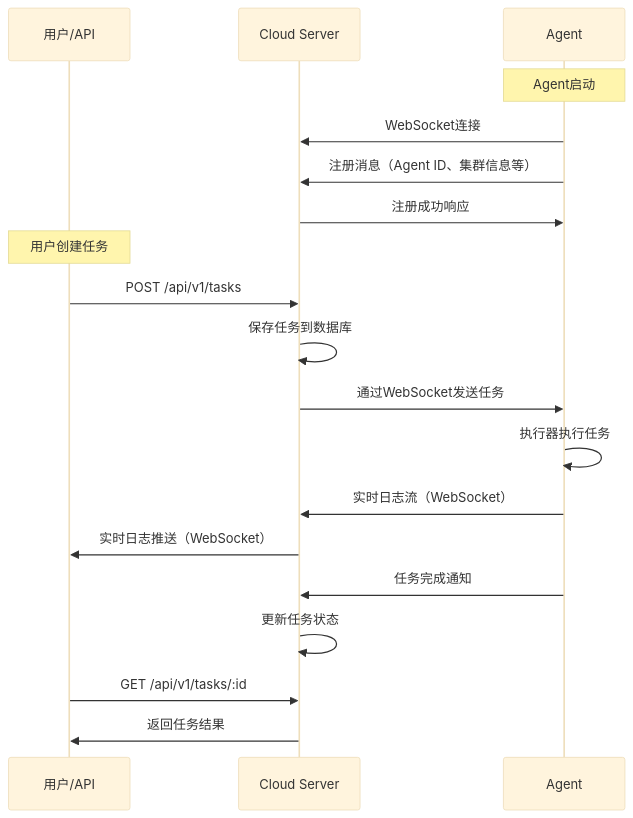
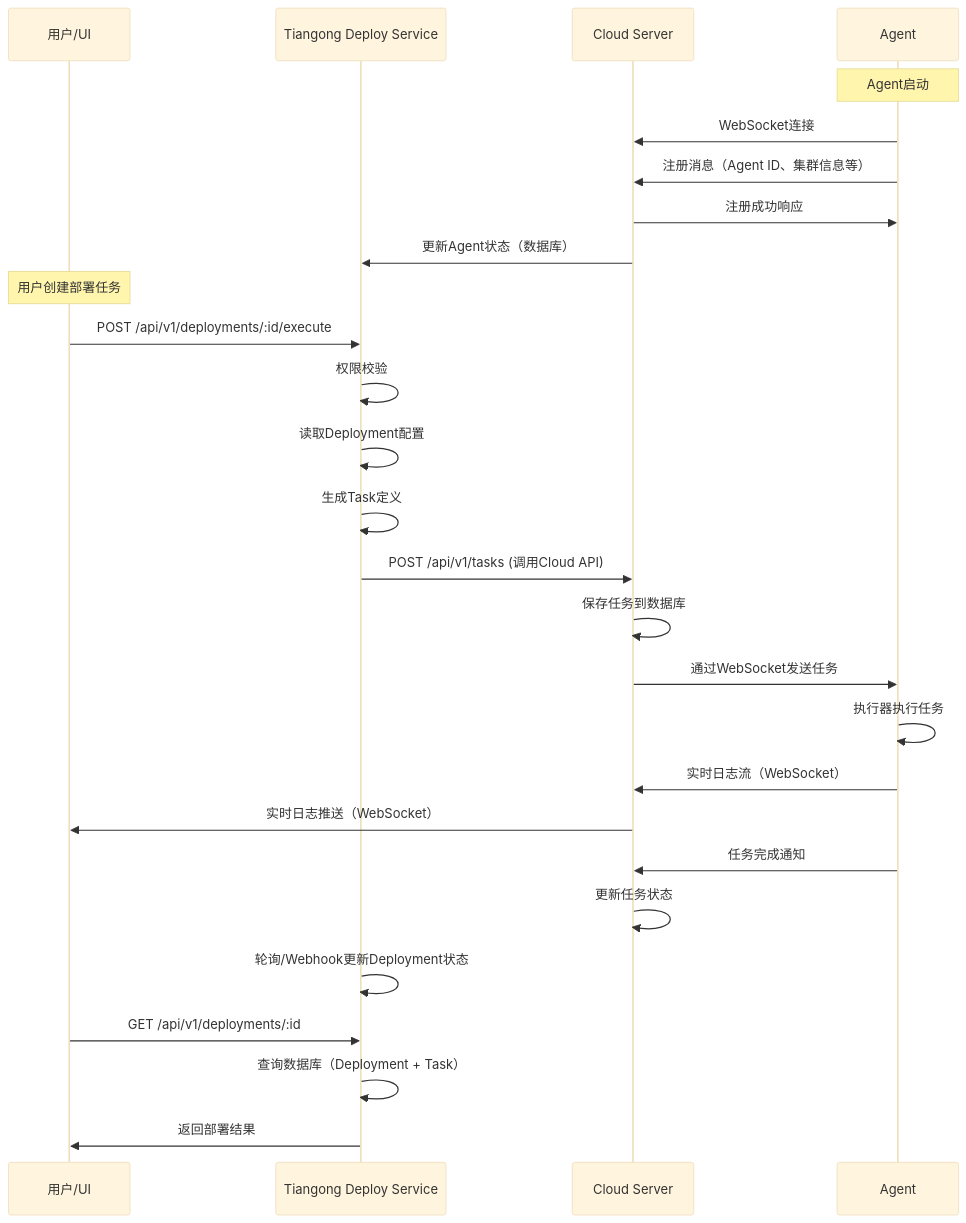
One commit to comqx/cloud-agent changed the second of 2 diagrams in README.md. Above: the diagram before and after it, drawn with Mermaid (base theme). The commit also changed other lines of this file, not shown here.

Commit message:
Enhance README with detailed architecture and component descriptions for Tiangong Deploy, including updated service and UI sections, API documentation, and deployment instructions. Refactor diagrams and improve clarity on data flow and service interactions.

````diff
--- a/README.md
+++ b/README.md
@@ -191,23 +239,31 @@
 ```mermaid
 sequenceDiagram
-    participant U as 用户/API
+    participant U as 用户/UI
+    participant S as Tiangong Deploy Service
     participant C as Cloud Server
     participant A as Agent
 
     Note over A: Agent启动
     A->>C: WebSocket连接
     A->>C: 注册消息（Agent ID、集群信息等）
     C->>A: 注册成功响应
+    C->>S: 更新Agent状态（数据库）
 
-    Note over U: 用户创建任务
-    U->>C: POST /api/v1/tasks
+    Note over U: 用户创建部署任务
+    U->>S: POST /api/v1/deployments/:id/execute
+    S->>S: 权限校验
+    S->>S: 读取Deployment配置
+    S->>S: 生成Task定义
+    S->>C: POST /api/v1/tasks (调用Cloud API)
     C->>C: 保存任务到数据库
     C->>A: 通过WebSocket发送任务
     A->>A: 执行器执行任务
     A->>C: 实时日志流（WebSocket）
     C->>U: 实时日志推送（WebSocket）
     A->>C: 任务完成通知
     C->>C: 更新任务状态
-    U->>C: GET /api/v1/tasks/:id
-    C->>U: 返回任务结果
+    S->>S: 轮询/Webhook更新Deployment状态
+    U->>S: GET /api/v1/deployments/:id
+    S->>S: 查询数据库（Deployment + Task）
+    S->>U: 返回部署结果
 ```
````
